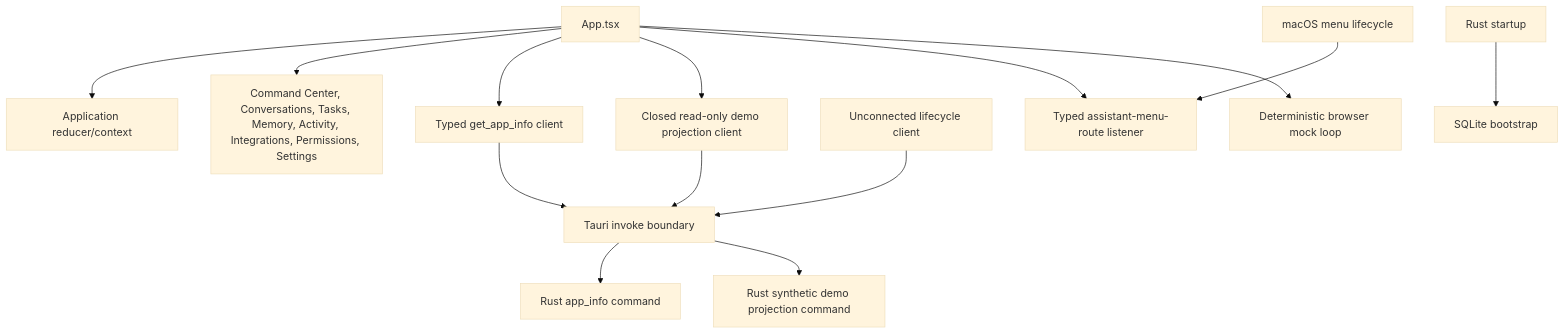
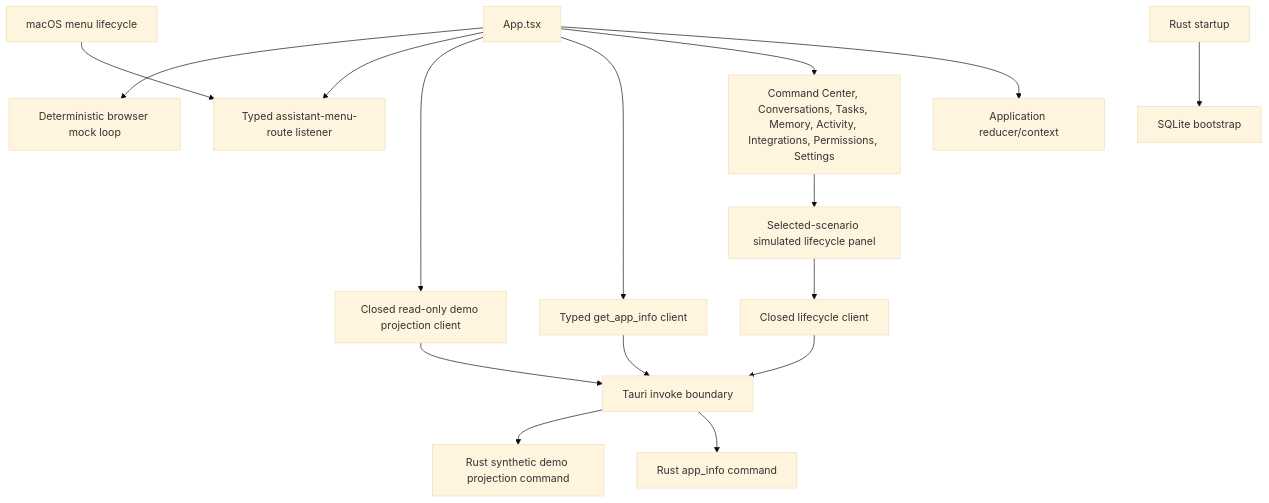
One commit to SillyRbbit/ai-agent-assistant changed the second of 5 diagrams in ARCHITECTURE.md. Above: the diagram before and after it, drawn with Mermaid (base theme). The commit also changed other lines of this file and 28 other files, not shown here.

````diff
--- a/ARCHITECTURE.md
+++ b/ARCHITECTURE.md
@@ -52,16 +52,18 @@
 ```mermaid
 flowchart TD
     App["App.tsx"] --> State["Application reducer/context"]
     App --> Pages["Command Center, Conversations, Tasks, Memory, Activity, Integrations, Permissions, Settings"]
     App --> InfoClient["Typed get_app_info client"]
     App --> DemoProjectionClient["Closed read-only demo projection client"]
-    LifecycleClient["Unconnected lifecycle client"] --> IPC
+    Pages --> LifecyclePanel["Selected-scenario simulated lifecycle panel"]
+    LifecyclePanel --> LifecycleClient["Closed lifecycle client"]
+    LifecycleClient --> IPC
     App --> MenuClient["Typed assistant-menu-route listener"]
     InfoClient --> IPC["Tauri invoke boundary"]
     DemoProjectionClient --> IPC
     IPC --> Info["Rust app_info command"]
     IPC --> DemoProjection["Rust synthetic demo projection command"]
     Menu["macOS menu lifecycle"] --> MenuClient
     Startup["Rust startup"] --> Storage["SQLite bootstrap"]
     App --> Mock["Deterministic browser mock loop"]
 ```
````
